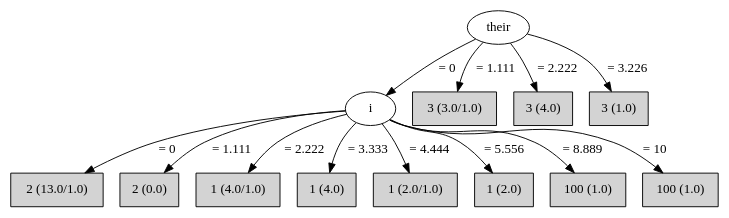
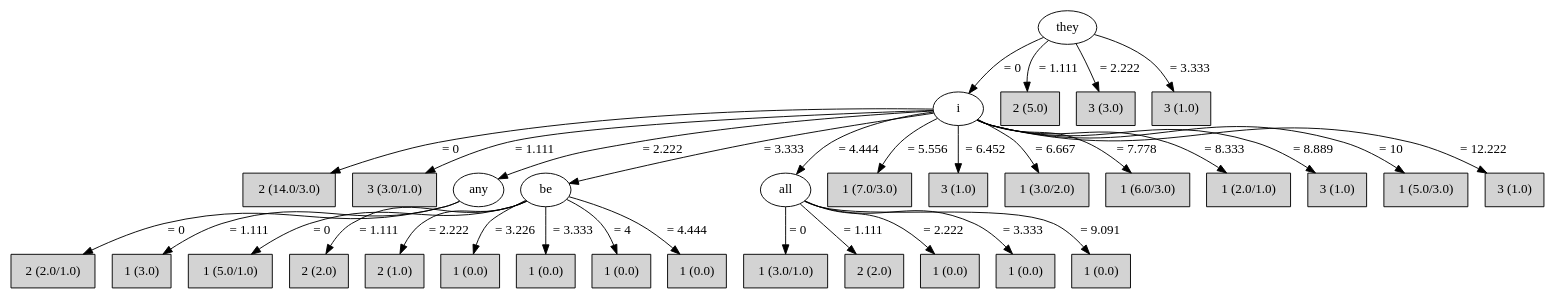
One commit to einnor/StylometryProject changed the diagram in app/assets/images/dots/class3.dot. Above: the diagram before and after it, drawn with Graphviz. The commit also changed 23 other files, not shown here.

```diff
--- a/app/assets/images/dots/class3.dot
+++ b/app/assets/images/dots/class3.dot
@@ -1,27 +1,65 @@
 digraph J48Tree {
-N0 [label="their" ]
+N0 [label="they" ]
 N0->N1 [label="= 0"]
 N1 [label="i" ]
 N1->N2 [label="= 0"]
-N2 [label="2 (13.0/1.0)" shape=box style=filled ]
+N2 [label="2 (14.0/3.0)" shape=box style=filled ]
 N1->N3 [label="= 1.111"]
-N3 [label="2 (0.0)" shape=box style=filled ]
+N3 [label="3 (3.0/1.0)" shape=box style=filled ]
 N1->N4 [label="= 2.222"]
-N4 [label="1 (4.0/1.0)" shape=box style=filled ]
-N1->N5 [label="= 3.333"]
-N5 [label="1 (4.0)" shape=box style=filled ]
-N1->N6 [label="= 4.444"]
-N6 [label="1 (2.0/1.0)" shape=box style=filled ]
-N1->N7 [label="= 5.556"]
-N7 [label="1 (2.0)" shape=box style=filled ]
-N1->N8 [label="= 8.889"]
-N8 [label="100 (1.0)" shape=box style=filled ]
-N1->N9 [label="= 10"]
-N9 [label="100 (1.0)" shape=box style=filled ]
-N0->N10 [label="= 1.111"]
-N10 [label="3 (3.0/1.0)" shape=box style=filled ]
-N0->N11 [label="= 2.222"]
-N11 [label="3 (4.0)" shape=box style=filled ]
-N0->N12 [label="= 3.226"]
-N12 [label="3 (1.0)" shape=box style=filled ]
+N4 [label="any" ]
+N4->N5 [label="= 0"]
+N5 [label="2 (2.0/1.0)" shape=box style=filled ]
+N4->N6 [label="= 1.111"]
+N6 [label="1 (3.0)" shape=box style=filled ]
+N1->N7 [label="= 3.333"]
+N7 [label="be" ]
+N7->N8 [label="= 0"]
+N8 [label="1 (5.0/1.0)" shape=box style=filled ]
+N7->N9 [label="= 1.111"]
+N9 [label="2 (2.0)" shape=box style=filled ]
+N7->N10 [label="= 2.222"]
+N10 [label="2 (1.0)" shape=box style=filled ]
+N7->N11 [label="= 3.226"]
+N11 [label="1 (0.0)" shape=box style=filled ]
+N7->N12 [label="= 3.333"]
+N12 [label="1 (0.0)" shape=box style=filled ]
+N7->N13 [label="= 4"]
+N13 [label="1 (0.0)" shape=box style=filled ]
+N7->N14 [label="= 4.444"]
+N14 [label="1 (0.0)" shape=box style=filled ]
+N1->N15 [label="= 4.444"]
+N15 [label="all" ]
+N15->N16 [label="= 0"]
+N16 [label="1 (3.0/1.0)" shape=box style=filled ]
+N15->N17 [label="= 1.111"]
+N17 [label="2 (2.0)" shape=box style=filled ]
+N15->N18 [label="= 2.222"]
+N18 [label="1 (0.0)" shape=box style=filled ]
+N15->N19 [label="= 3.333"]
+N19 [label="1 (0.0)" shape=box style=filled ]
+N15->N20 [label="= 9.091"]
+N20 [label="1 (0.0)" shape=box style=filled ]
+N1->N21 [label="= 5.556"]
+N21 [label="1 (7.0/3.0)" shape=box style=filled ]
+N1->N22 [label="= 6.452"]
+N22 [label="3 (1.0)" shape=box style=filled ]
+N1->N23 [label="= 6.667"]
+N23 [label="1 (3.0/2.0)" shape=box style=filled ]
+N1->N24 [label="= 7.778"]
+N24 [label="1 (6.0/3.0)" shape=box style=filled ]
+N1->N25 [label="= 8.333"]
+N25 [label="1 (2.0/1.0)" shape=box style=filled ]
+N1->N26 [label="= 8.889"]
+N26 [label="3 (1.0)" shape=box style=filled ]
+N1->N27 [label="= 10"]
+N27 [label="1 (5.0/3.0)" shape=box style=filled ]
+N1->N28 [label="= 12.222"]
+N28 [label="3 (1.0)" shape=box style=filled ]
+N0->N29 [label="= 1.111"]
+N29 [label="2 (5.0)" shape=box style=filled ]
+N0->N30 [label="= 2.222"]
+N30 [label="3 (3.0)" shape=box style=filled ]
+N0->N31 [label="= 3.333"]
+N31 [label="3 (1.0)" shape=box style=filled ]
 }
```
